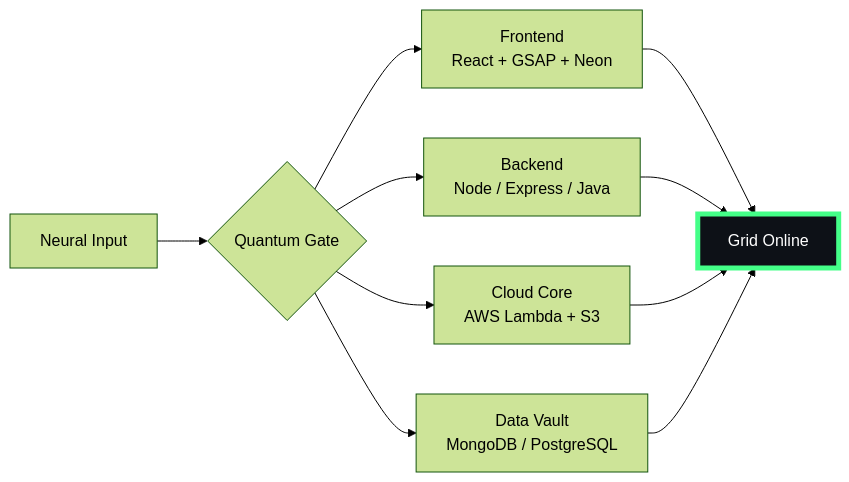
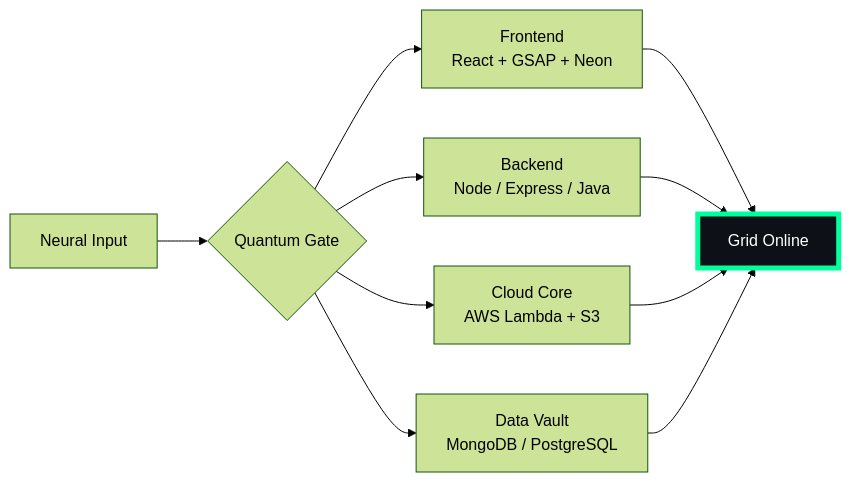
Before and after one commit to pendemvamsi/pendemvamsi: the diagram in README.md, drawn with Mermaid (forest theme). The commit also changed other lines of this file and 1 other file, not shown here.

````diff
--- a/README.md
+++ b/README.md
@@ -32,10 +32,10 @@
 ```mermaid
 flowchart LR
     U[Neural Input] --> G{Quantum Gate}
     G --> F[Frontend<br>React + GSAP + Neon]
     G --> B[Backend<br>Node / Express / Java]
     G --> C[Cloud Core<br>AWS Lambda + S3]
     G --> D[Data Vault<br>MongoDB / PostgreSQL]
     F & B & C & D --> O[Grid Online]
-    style O fill:#0d1117,stroke:#44FF88,stroke-width:5px,color:#fff
+    style O fill:#0d1117,stroke:#00FF9D,stroke-width:5px,color:#fff
 ```
````
